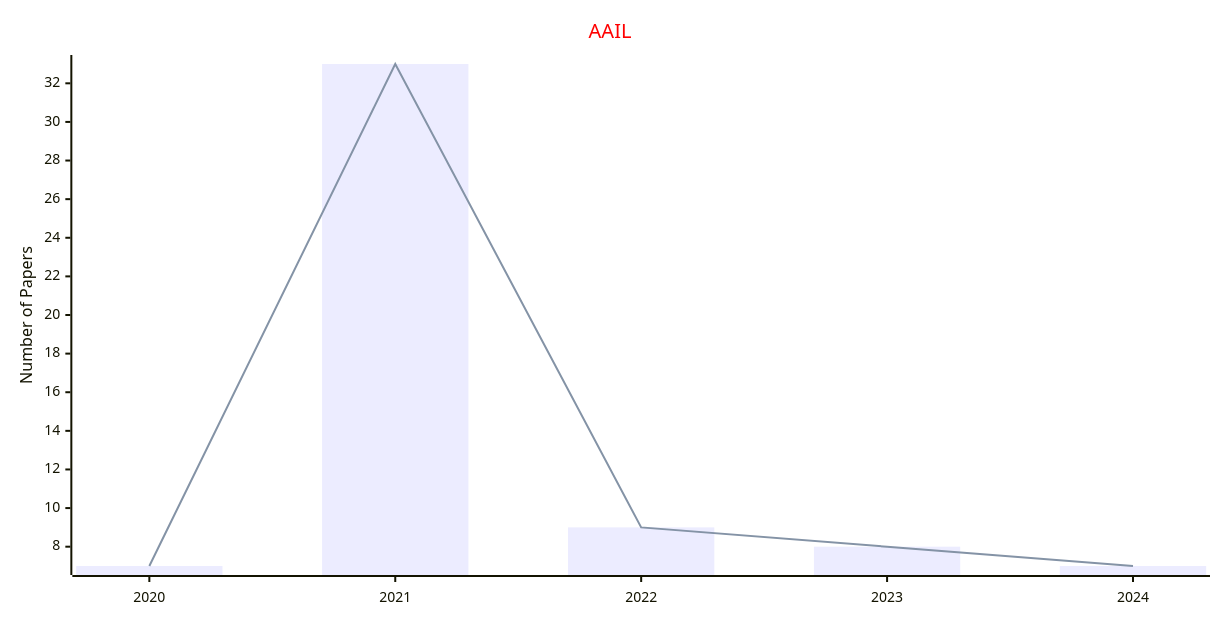
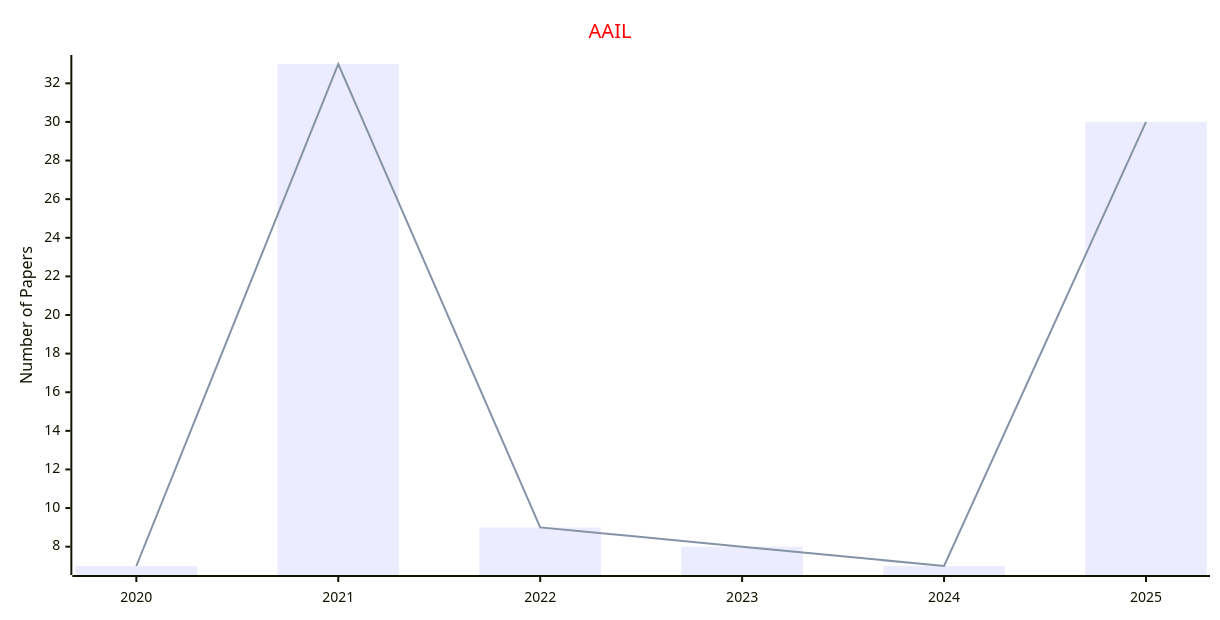
Before and after one commit to Easy-PhD/AILinks: diagram 20 of 27 in docs/data/Journals/Statistics_Journals/Artificial_Intelligence.md, drawn with Mermaid. The commit also changed other lines of this file and 107 other files, not shown here.

````diff
--- a/docs/data/Journals/Statistics_Journals/Artificial_Intelligence.md
+++ b/docs/data/Journals/Statistics_Journals/Artificial_Intelligence.md
@@ -465,17 +465,17 @@
 ```mermaid
 ---
 config:
     xyChart:
         width: 1200
         height: 600
     themeVariables:
         xyChart:
             titleColor: "#ff0000"
 ---
 xychart-beta
     title "AAIL"
-    x-axis [2020, 2021, 2022, 2023, 2024]
+    x-axis [2020, 2021, 2022, 2023, 2024, 2025]
     y-axis "Number of Papers"
-    bar [7, 33, 9, 8, 7]
-    line [7, 33, 9, 8, 7]
+    bar [7, 33, 9, 8, 7, 30]
+    line [7, 33, 9, 8, 7, 30]
 ```
````
